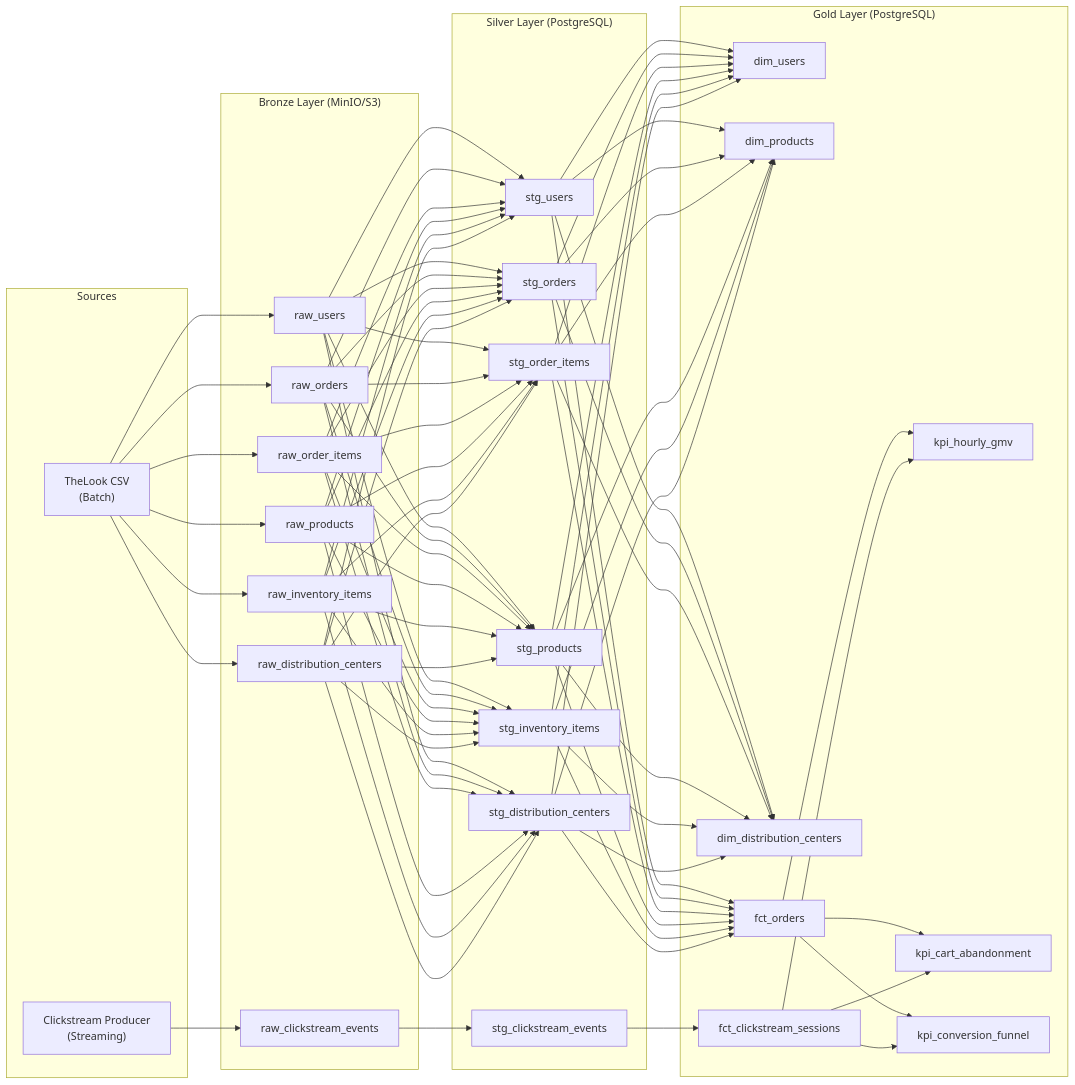
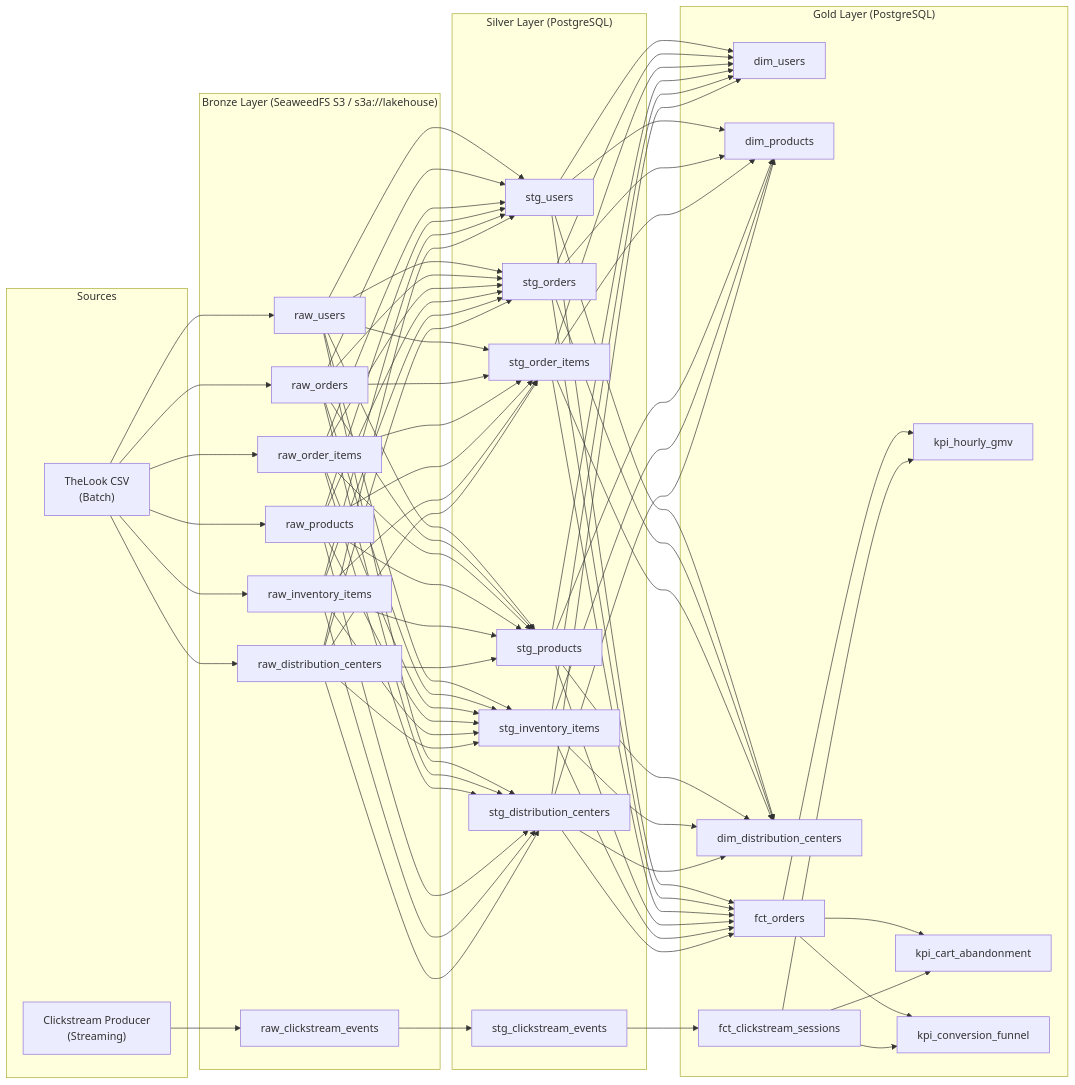
One commit to dogruom/thelook-lakehouse-platform changed the diagram in DATA_DICTIONARY_CONTRACTS.md. Above: the diagram before and after it, drawn with Mermaid. The commit also changed other lines of this file and 25 other files, not shown here.

First line of the commit message:
feat(infra): Sprint 1 complete - SeaweedFS replaces MinIO, all services healthy

````diff
--- a/DATA_DICTIONARY_CONTRACTS.md
+++ b/DATA_DICTIONARY_CONTRACTS.md
@@ -11,46 +11,46 @@
 ```mermaid
 graph LR
     subgraph Sources
         A["TheLook CSV<br/>(Batch)"]
         B["Clickstream Producer<br/>(Streaming)"]
     end
 
-    subgraph Bronze["Bronze Layer (MinIO/S3)"]
+    subgraph Bronze["Bronze Layer (SeaweedFS S3 / s3a://lakehouse)"]
         C[raw_users]
         D[raw_orders]
         E[raw_order_items]
         F[raw_products]
         G[raw_inventory_items]
         H[raw_distribution_centers]
         I[raw_clickstream_events]
     end
 
     subgraph Silver["Silver Layer (PostgreSQL)"]
         J[stg_users]
         K[stg_orders]
         L[stg_order_items]
         M[stg_products]
         N[stg_inventory_items]
         O[stg_distribution_centers]
         P[stg_clickstream_events]
     end
 
     subgraph Gold["Gold Layer (PostgreSQL)"]
         Q[dim_users]
         R[dim_products]
         S[dim_distribution_centers]
         T[fct_orders]
         U[fct_clickstream_sessions]
         V[kpi_hourly_gmv]
         W[kpi_cart_abandonment]
         X[kpi_conversion_funnel]
     end
 
     A --> C & D & E & F & G & H
     B --> I
     C & D & E & F & G & H --> J & K & L & M & N & O
     I --> P
     J & K & L & M & N & O --> Q & R & S & T
     P --> U
     T & U --> V & W & X
 ```
````
